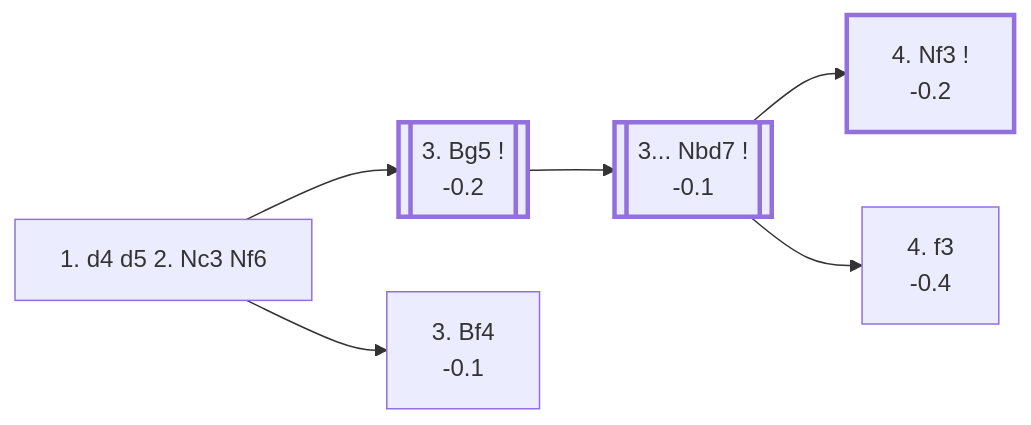
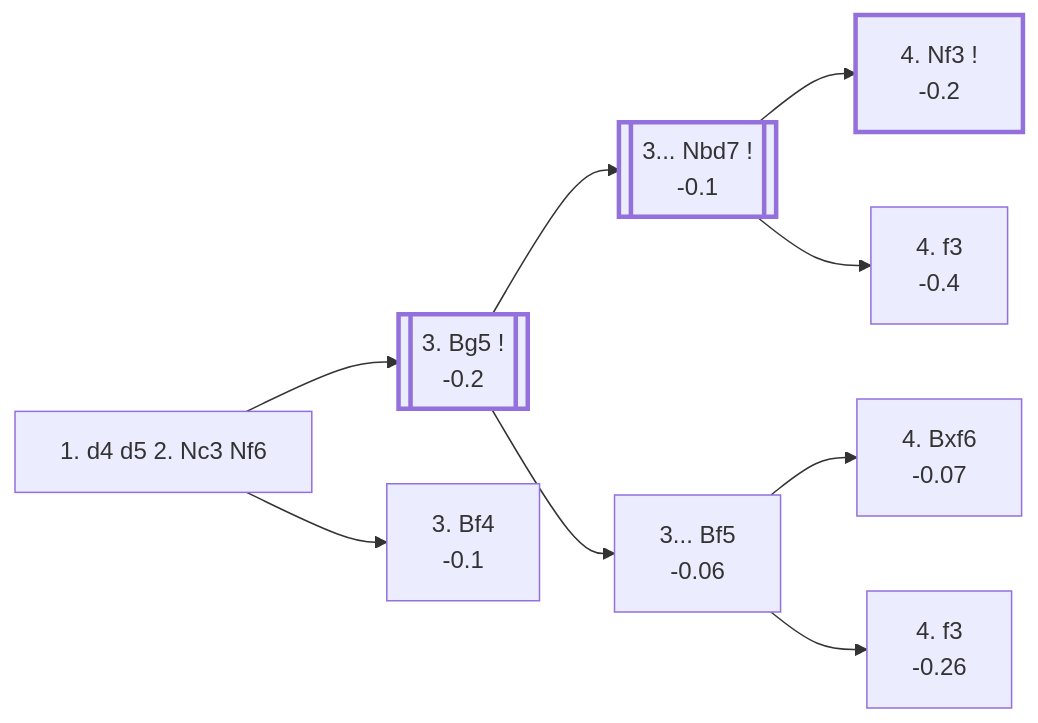
The diagram in d4_openings/D01_Richter_Veresov_Attack.md (onclemarcel/chess_flashcards), drawn with Mermaid before and after one commit. The commit also changed other lines of this file and 14 other files, not shown here.

````diff
--- a/d4_openings/D01_Richter_Veresov_Attack.md
+++ b/d4_openings/D01_Richter_Veresov_Attack.md
@@ -12,20 +12,27 @@
 ```mermaid
 flowchart LR
     classDef main stroke-width:3px;
 
     Nf6["1. d4 d5 2. Nc3 Nf6"]
     click Nf6 "#_initial_move_" "A45 · Queen's Pawn Game: Chigorin Variation"
 
     Nf6 --> Bg5[["3. Bg5 !<br/>-0.2"]]:::main
     click Bg5 "#_Bg5_" "D01 · Richter-Veresov Attack"
     Nf6 --> Bf4["3. Bf4<br/>-0.1"]
     click Bf4 "#_Bf4_" "D01 · Rapport-Jobava System"
 
     Bg5 --> Nbd7[["3... Nbd7 !<br/>-0.1"]]:::main
     click Nbd7 "#_Nbd7_" "D01 · Richter-Veresov Attack"
+    Bg5 --> Bf5v["3... Bf5<br/>-0.06"]
+    click Bf5v "#_Bf5v_" "D01 · Richter-Veresov Attack"
+
+    Bf5v --> Bxf6v["4. Bxf6<br/>-0.07"]
+    click Bxf6v "#_Veresov_" "D01 · Richter-Veresov Attack: Veresov Variation"
+    Bf5v --> f3r["4. f3<br/>-0.26"]
+    click f3r "#_Richter_" "D01 · Richter-Veresov Attack: Richter Variation"
 
     Nbd7 --> Nf3v["4. Nf3 !<br/>-0.2"]:::main
     click Nf3v "#_Nf3v_" "D01 · Richter-Veresov Attack: Two Knights System"
     Nbd7 --> f3v["4. f3<br/>-0.4"]
     click f3v "#_f3v_" "D01 · Richter-Veresov Attack"
 ```
````
